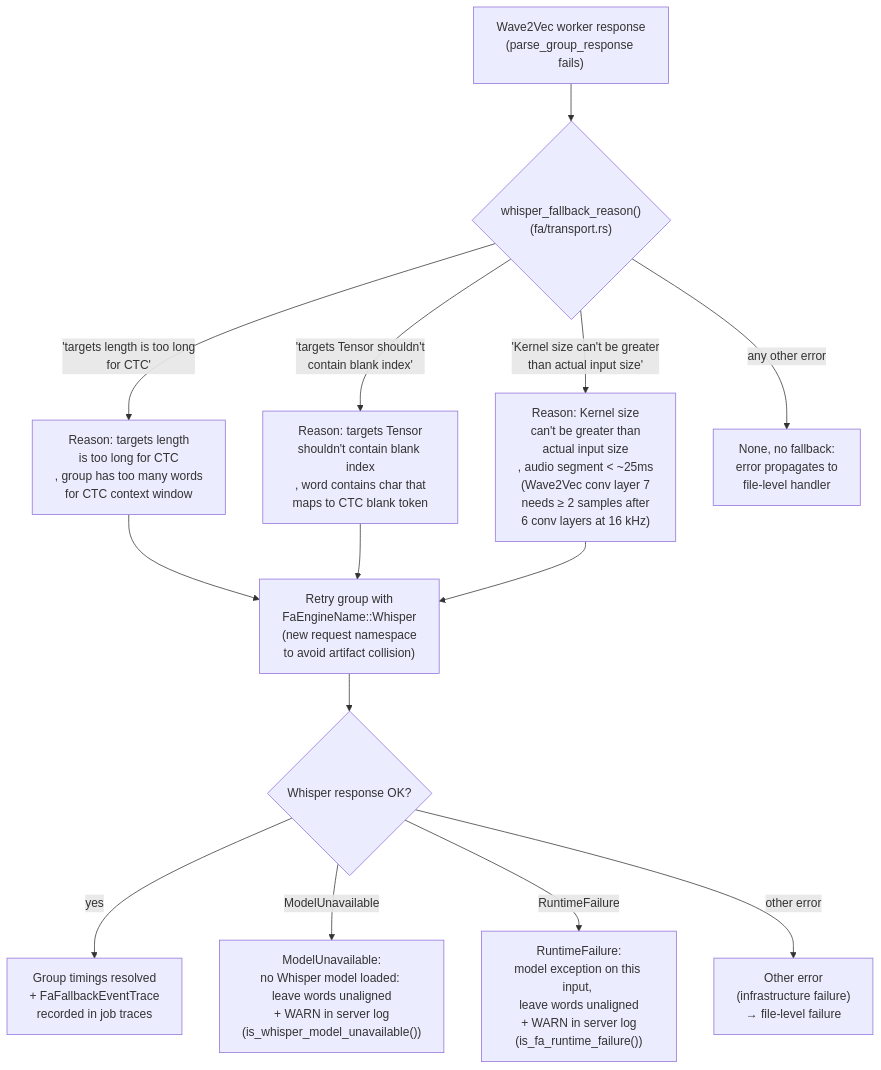
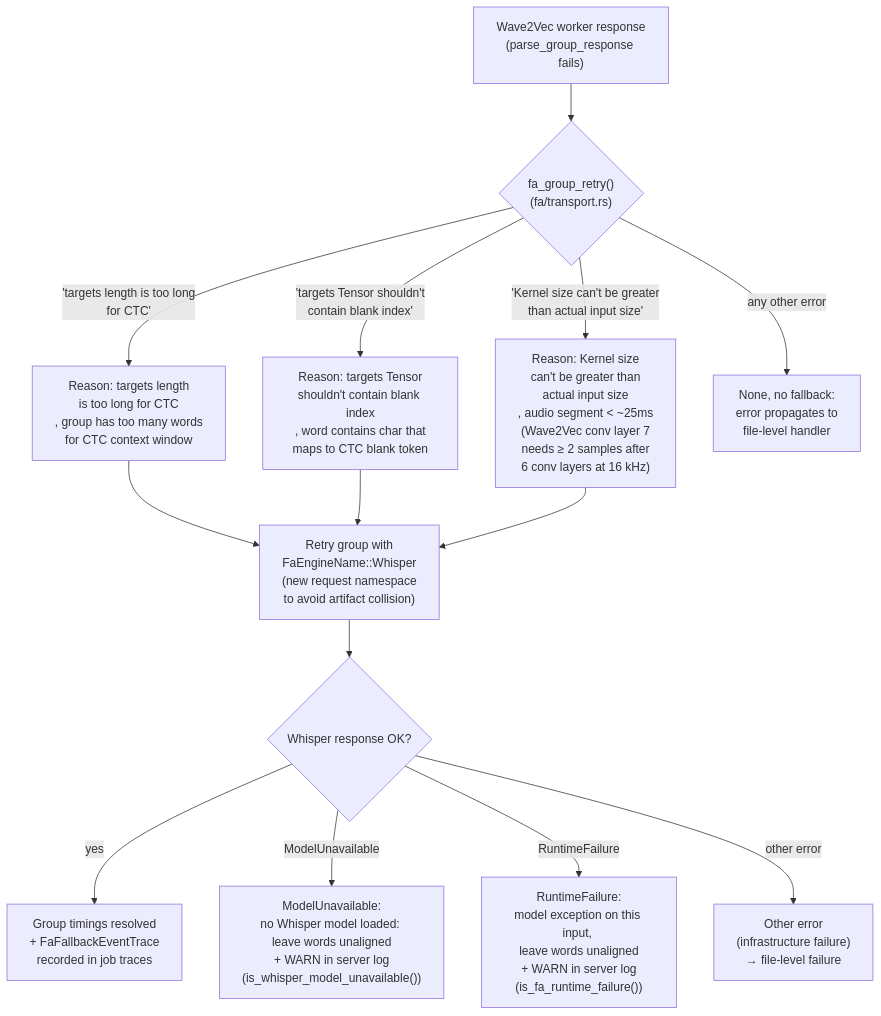
Before and after one commit to FranklinChen/talkbank-tools: the ninth of 13 diagrams in book/src/batchalign/reference/forced-alignment.md, drawn with Mermaid. The commit also changed other lines of this file and 167 other files, not shown here.

````diff
--- a/book/src/batchalign/reference/forced-alignment.md
+++ b/book/src/batchalign/reference/forced-alignment.md
@@ -622,33 +631,33 @@
 ```mermaid
 flowchart TD
     w2v["Wave2Vec worker response\n(parse_group_response fails)"]
-    reason{"whisper_fallback_reason()\n(fa/transport.rs)"}
+    reason{"fa_group_retry()\n(fa/transport.rs)"}
 
     w2v --> reason
 
     r1["Reason: targets length\nis too long for CTC\n, group has too many words\nfor CTC context window"]
     r2["Reason: targets Tensor\nshouldn't contain blank index\n, word contains char that\nmaps to CTC blank token"]
     r3["Reason: Kernel size\ncan't be greater than\nactual input size\n, audio segment &lt; ~25ms\n(Wave2Vec conv layer 7\nneeds ≥ 2 samples after\n6 conv layers at 16 kHz)"]
     none["None, no fallback:\nerror propagates to\nfile-level handler"]
 
     reason -->|"'targets length is too long\nfor CTC'"| r1
     reason -->|"'targets Tensor shouldn't\ncontain blank index'"| r2
     reason -->|"'Kernel size can't be greater\nthan actual input size'"| r3
     reason -->|"any other error"| none
 
     whisper["Retry group with\nFaEngineName::Whisper\n(new request namespace\nto avoid artifact collision)"]
     fallback_ok["Group timings resolved\n+ FaFallbackEventTrace\nrecorded in job traces"]
     fallback_err{"Whisper response OK?"}
     model_unavail_err["ModelUnavailable:\nno Whisper model loaded: \nleave words unaligned\n+ WARN in server log\n(is_whisper_model_unavailable())"]
     runtime_fail_err["RuntimeFailure:\nmodel exception on this input, \nleave words unaligned\n+ WARN in server log\n(is_fa_runtime_failure())"]
     other_whisper_err["Other error\n(infrastructure failure)\n→ file-level failure"]
 
     r1 --> whisper
     r2 --> whisper
     r3 --> whisper
     whisper --> fallback_err
     fallback_err -->|"yes"| fallback_ok
     fallback_err -->|"ModelUnavailable"| model_unavail_err
     fallback_err -->|"RuntimeFailure"| runtime_fail_err
     fallback_err -->|"other error"| other_whisper_err
 ```
````
